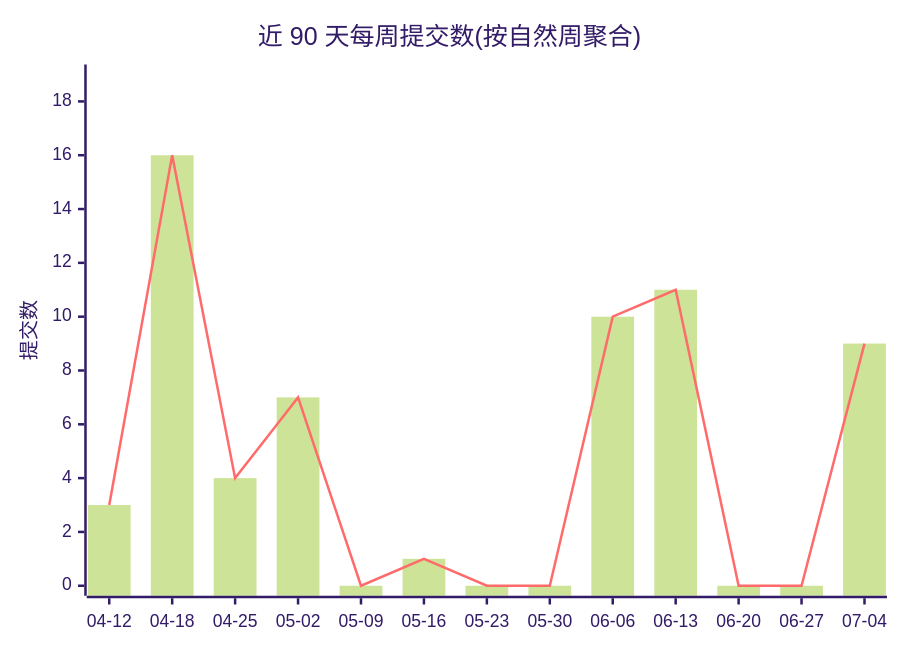
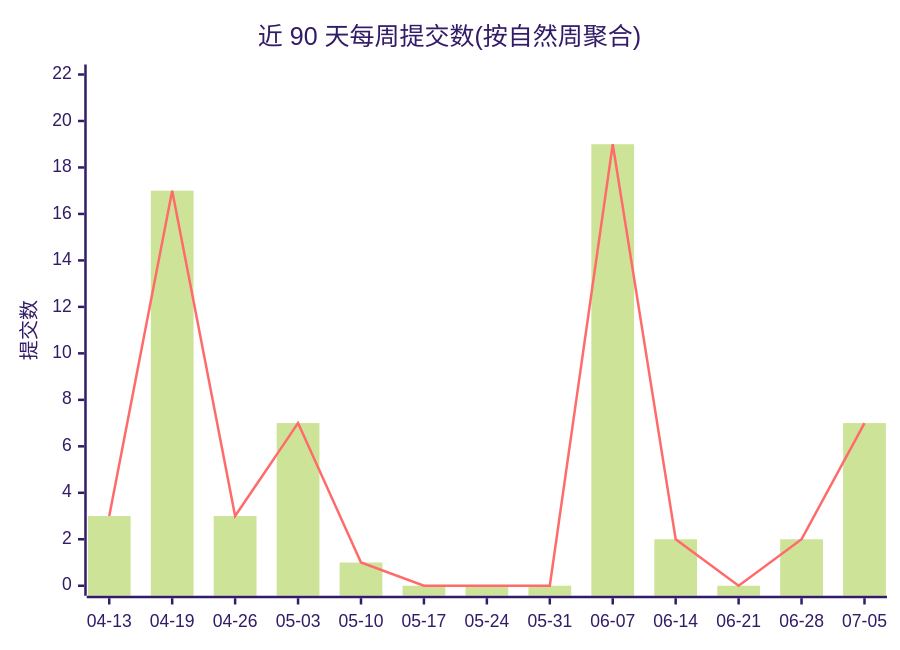
Before and after one commit to Conflux-Union/.github: the first of 2 diagrams in profile/README.md, drawn with Mermaid (forest theme). The commit also changed other lines of this file and 1 other file, not shown here.

````diff
--- a/profile/README.md
+++ b/profile/README.md
@@ -44,8 +44,8 @@
 ```mermaid
 xychart-beta
     title "近 90 天每周提交数(按自然周聚合)"
-    x-axis ["04-12", "04-18", "04-25", "05-02", "05-09", "05-16", "05-23", "05-30", "06-06", "06-13", "06-20", "06-27", "07-04"]
-    y-axis "提交数" 0 --> 19
-    bar [3, 16, 4, 7, 0, 1, 0, 0, 10, 11, 0, 0, 9]
-    line [3, 16, 4, 7, 0, 1, 0, 0, 10, 11, 0, 0, 9]
+    x-axis ["04-13", "04-19", "04-26", "05-03", "05-10", "05-17", "05-24", "05-31", "06-07", "06-14", "06-21", "06-28", "07-05"]
+    y-axis "提交数" 0 --> 22
+    bar [3, 17, 3, 7, 1, 0, 0, 0, 19, 2, 0, 2, 7]
+    line [3, 17, 3, 7, 1, 0, 0, 0, 19, 2, 0, 2, 7]
 ```
````
